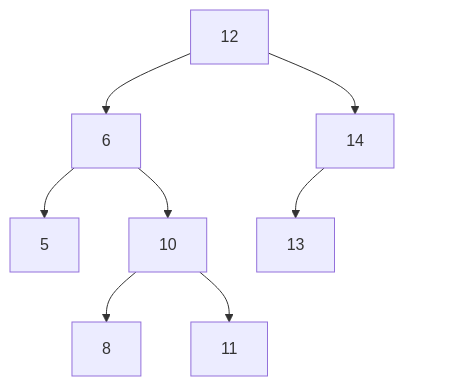
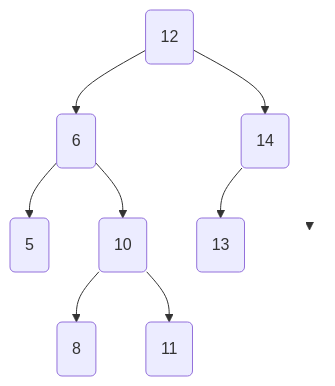
The third of 15 diagrams in docs/Annales/Corriges/23-NSIZERO-A.md (nsimeyroneinc/NSITerm2024), drawn with Mermaid before and after one commit. The commit also changed other lines of this file and 1309 other files, not shown here.

````diff
--- a/docs/Annales/Corriges/23-NSIZERO-A.md
+++ b/docs/Annales/Corriges/23-NSIZERO-A.md
@@ -139,13 +146,14 @@
-    ```mermaid
-        graph TD
-        S12["12"] --> S6["6"]
-        S12 --> S14["14"]
-        S6 --> S5["5"]
-        S6 --> S10["10"]
-        S10 --> S8["8"]
-        S10 --> S11["11"]
-        S14 --> S13["13"]
-        S14 --> V3[" "]
-        style V3 opacity:0;
-        linkStyle 7 stroke:#FFFFFF,stroke-width:0px
-    ```
+        ```mermaid
+            graph TD
+            N("12") --> Ng("6")
+            N       --> Nd("14")
+            Ng --> Ngg("5")
+            Ng --> Ngd("10")
+            Ngd --> Ngdg("8")
+            Ngd --> Ngdd("11")
+            Nd --> Ndg("13")
+            Nd --> Ndd(" ")
+
+            style Ndd fill:none, stroke-width:0px
+            linkStyle 7 stroke-width:0px
+        ```
````
